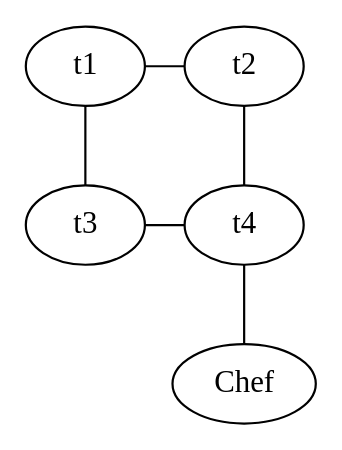
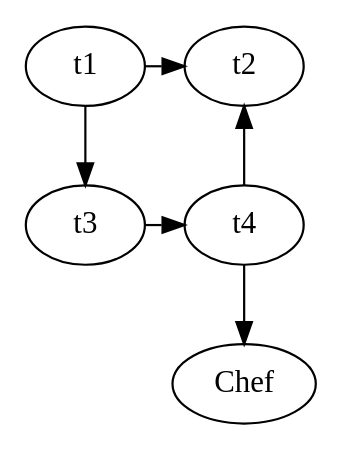
One commit to sixers-sdp/sixers changed the diagram in api/map/dot_map.dot. Above: the diagram before and after it, drawn with Graphviz. The commit also changed 1 other file, not shown here.

Commit message:
fix up graph - it needs to be directed
otherwise the networkx will automatically calculate the other direction as well. we want to do this manually

```diff
--- a/api/map/dot_map.dot
+++ b/api/map/dot_map.dot
@@ -1,11 +1,11 @@
-graph g {
-    t1 -- t2 [tailport=e headport=w];
-    t1 -- t3 [tailport=s headport=n];
-    t3 -- t4 [tailport=e headport=w];
-    t4 -- t2 [tailport=n headport=s];
+digraph g {
+    t1 -> t2 [tailport=e headport=w];
+    t1 -> t3 [tailport=s headport=n];
+    t3 -> t4 [tailport=e headport=w];
+    t4 -> t2 [tailport=n headport=s];
 
-    t4 -- Chef [tailport=s headport=n];
+    t4 -> Chef [tailport=s headport=n];
 
 	{ rank=same; t1 t2 }
 	{ rank=same; t3 t4 }
 }
```
